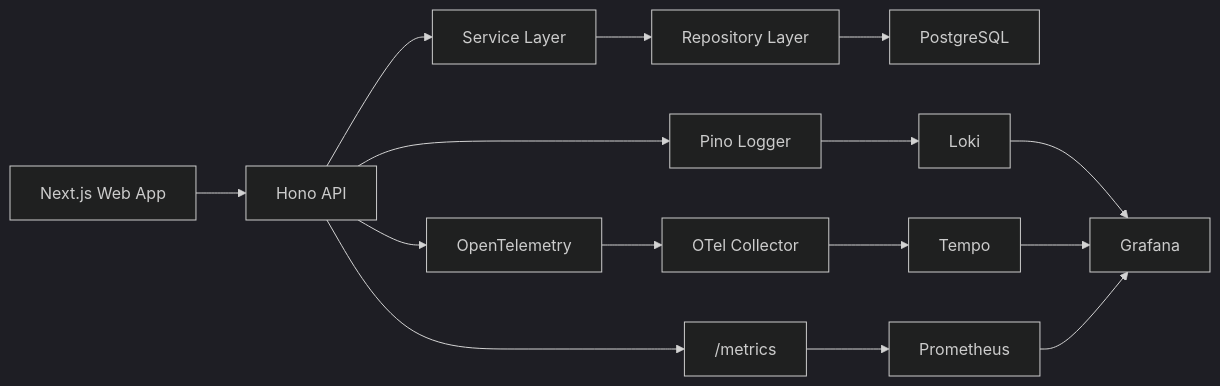
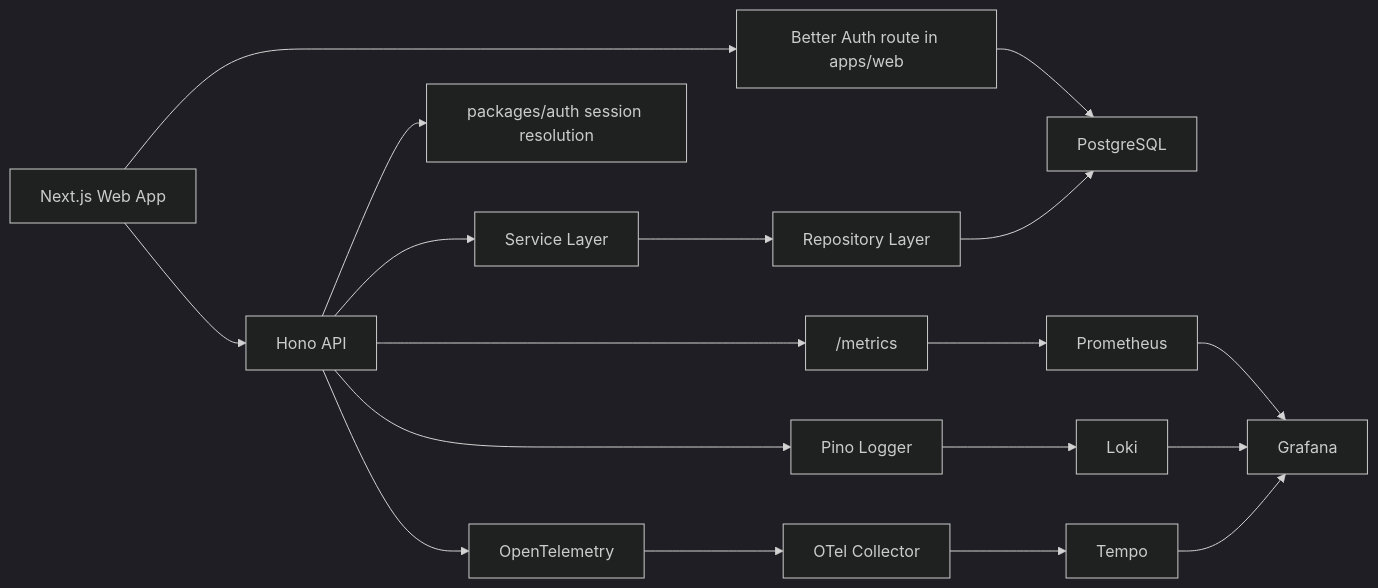
Before and after one commit to Prathamesh-chougale-17/acme-platform-starter: the diagram in README.md, drawn with Mermaid (dark theme). The commit also changed other lines of this file and 62 other files, not shown here.

````diff
--- a/README.md
+++ b/README.md
@@ -80,17 +87,20 @@
 ```mermaid
 flowchart LR
-    Browser["Next.js Web App"] --> API["Hono API"]
+    Browser["Next.js Web App"] --> Auth["Better Auth route in apps/web"]
+    Browser --> API["Hono API"]
+    Auth --> DB["PostgreSQL"]
+    API --> AuthContext["packages/auth session resolution"]
     API --> Services["Service Layer"]
     Services --> Repos["Repository Layer"]
-    Repos --> DB["PostgreSQL"]
+    Repos --> DB
     API --> Metrics["/metrics"]
     API --> Logs["Pino Logger"]
     API --> Traces["OpenTelemetry"]
     Logs --> Loki["Loki"]
     Traces --> OTel["OTel Collector"]
     OTel --> Tempo["Tempo"]
     Metrics --> Prom["Prometheus"]
     Loki --> Grafana["Grafana"]
     Tempo --> Grafana
     Prom --> Grafana
 ```
````
